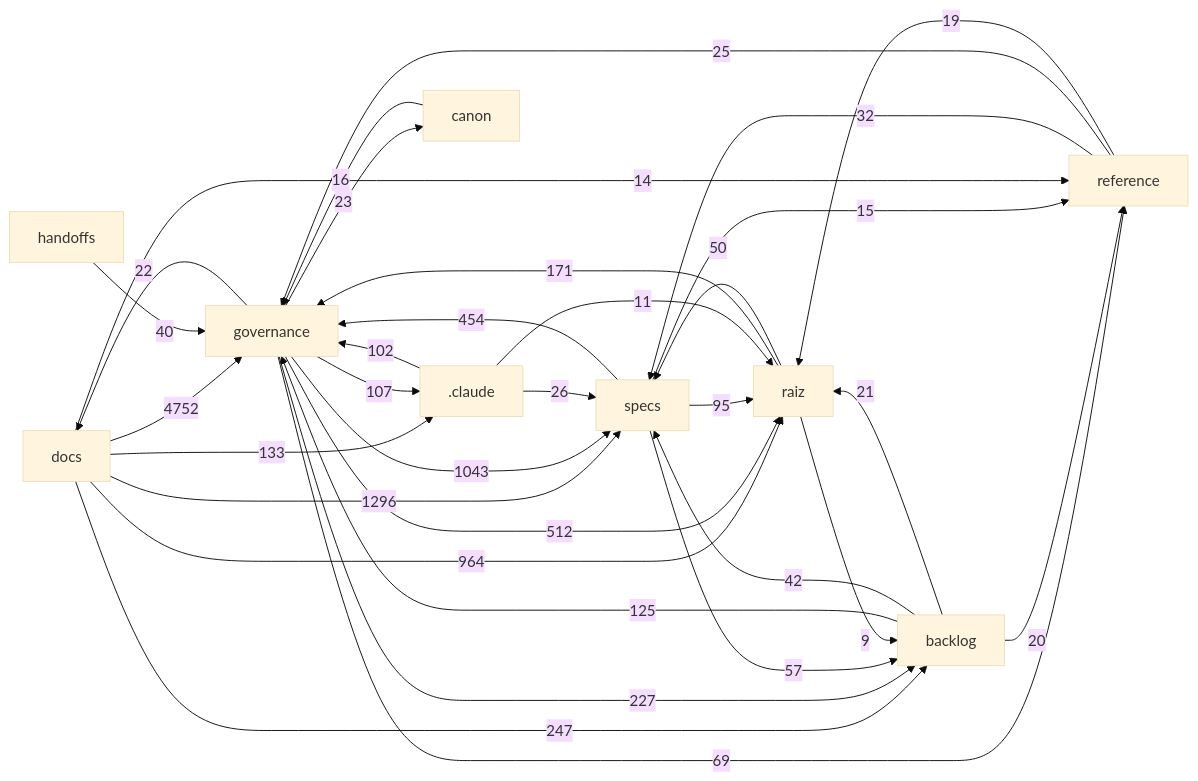
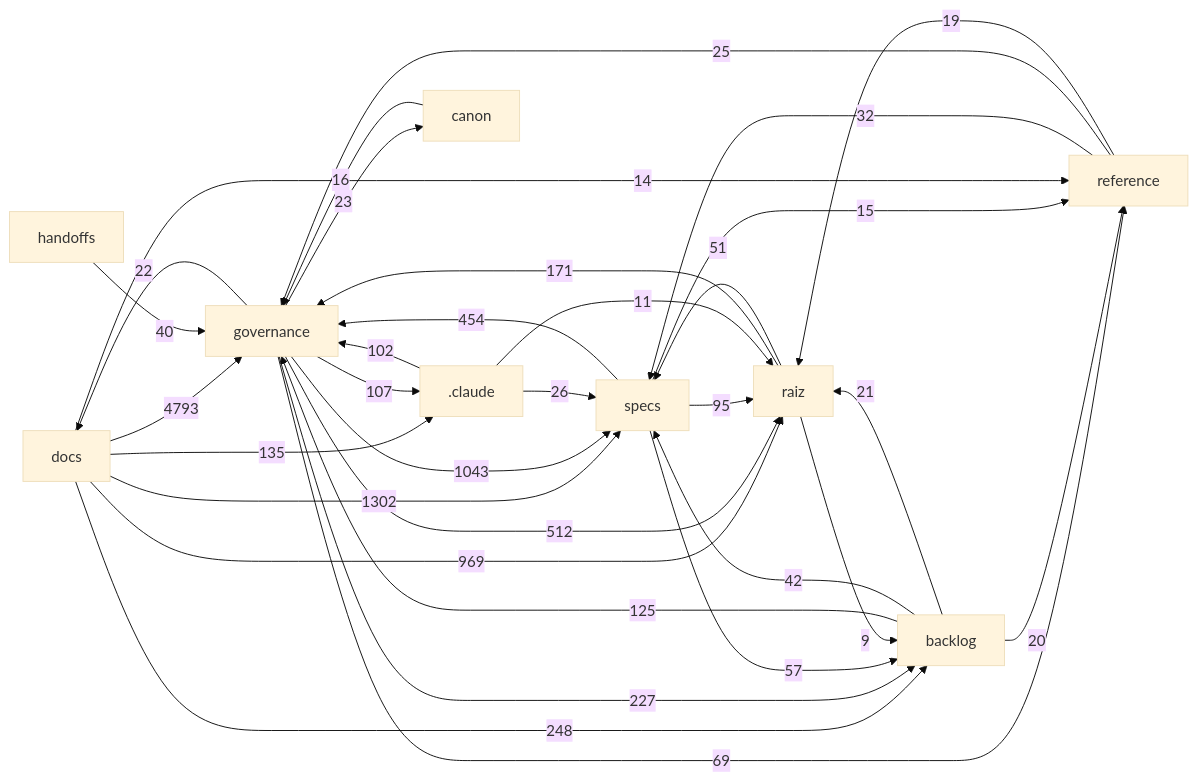
One commit to Andraus35/Sistema-Operacional-de-Trading--SOT changed the diagram in docs/mapa/MAPA-PROJETO.md. Above: the diagram before and after it, drawn with Mermaid (base theme). The commit also changed other lines of this file and 2 other files, not shown here.

````diff
--- a/docs/mapa/MAPA-PROJETO.md
+++ b/docs/mapa/MAPA-PROJETO.md
@@ -30,35 +30,35 @@
 ```mermaid
 flowchart LR
-  docs["docs"] -->|4752| governance["governance"]
-  docs["docs"] -->|1296| specs["specs"]
+  docs["docs"] -->|4793| governance["governance"]
+  docs["docs"] -->|1302| specs["specs"]
   governance["governance"] -->|1043| specs["specs"]
-  docs["docs"] -->|964| raiz["raiz"]
+  docs["docs"] -->|969| raiz["raiz"]
   governance["governance"] -->|512| raiz["raiz"]
   specs["specs"] -->|454| governance["governance"]
-  docs["docs"] -->|247| backlog["backlog"]
+  docs["docs"] -->|248| backlog["backlog"]
   governance["governance"] -->|227| backlog["backlog"]
   raiz["raiz"] -->|171| governance["governance"]
-  docs["docs"] -->|133| _claude[".claude"]
+  docs["docs"] -->|135| _claude[".claude"]
   backlog["backlog"] -->|125| governance["governance"]
   governance["governance"] -->|107| _claude[".claude"]
   _claude[".claude"] -->|102| governance["governance"]
   specs["specs"] -->|95| raiz["raiz"]
   governance["governance"] -->|69| reference["reference"]
   specs["specs"] -->|57| backlog["backlog"]
-  raiz["raiz"] -->|50| specs["specs"]
+  raiz["raiz"] -->|51| specs["specs"]
   backlog["backlog"] -->|42| specs["specs"]
   handoffs["handoffs"] -->|40| governance["governance"]
   reference["reference"] -->|32| specs["specs"]
   _claude[".claude"] -->|26| specs["specs"]
   reference["reference"] -->|25| governance["governance"]
   governance["governance"] -->|23| canon["canon"]
   governance["governance"] -->|22| docs["docs"]
   backlog["backlog"] -->|21| raiz["raiz"]
   backlog["backlog"] -->|20| reference["reference"]
   reference["reference"] -->|19| raiz["raiz"]
   canon["canon"] -->|16| governance["governance"]
   specs["specs"] -->|15| reference["reference"]
   docs["docs"] -->|14| reference["reference"]
   _claude[".claude"] -->|11| raiz["raiz"]
   raiz["raiz"] -->|9| backlog["backlog"]
 ```
````
